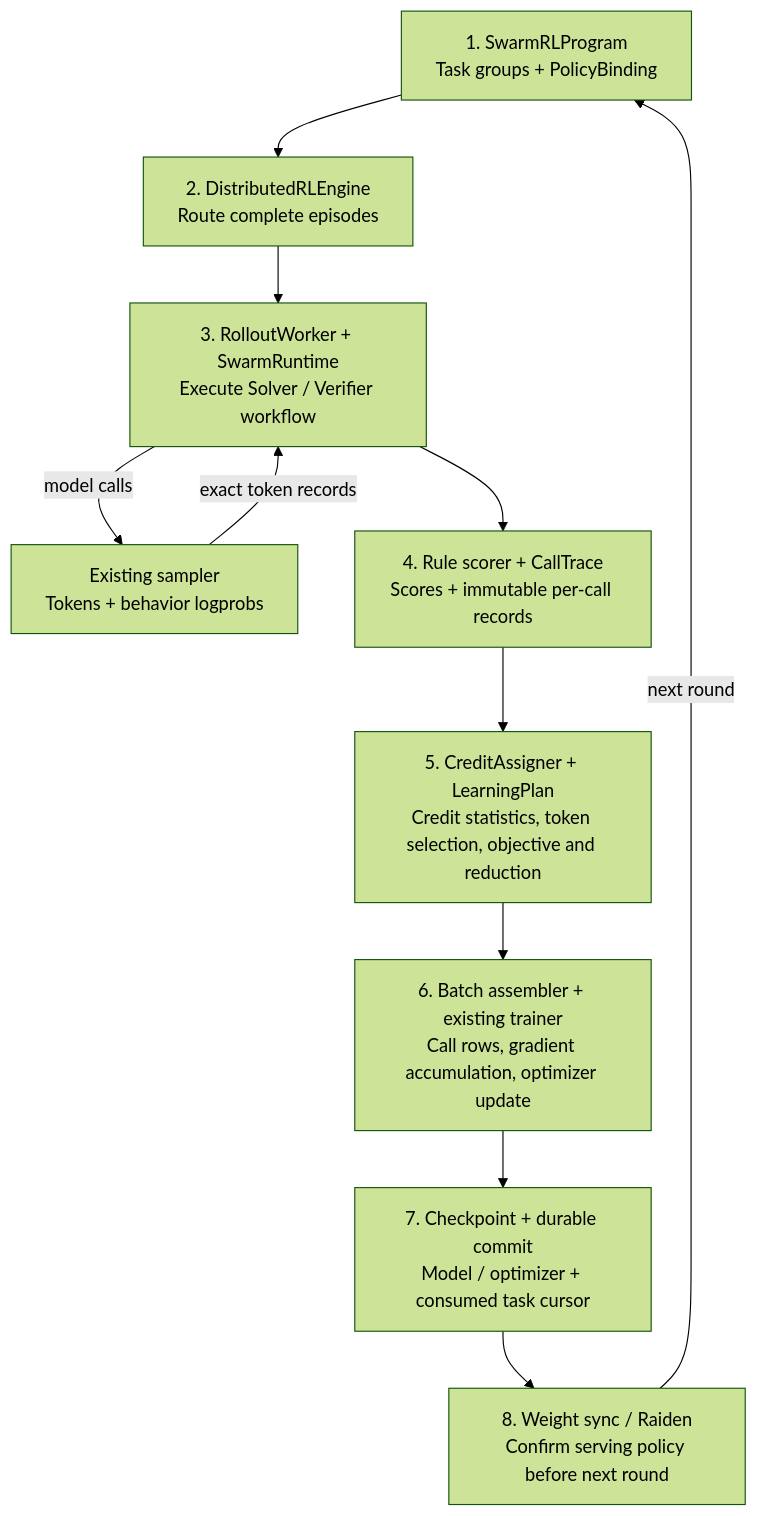
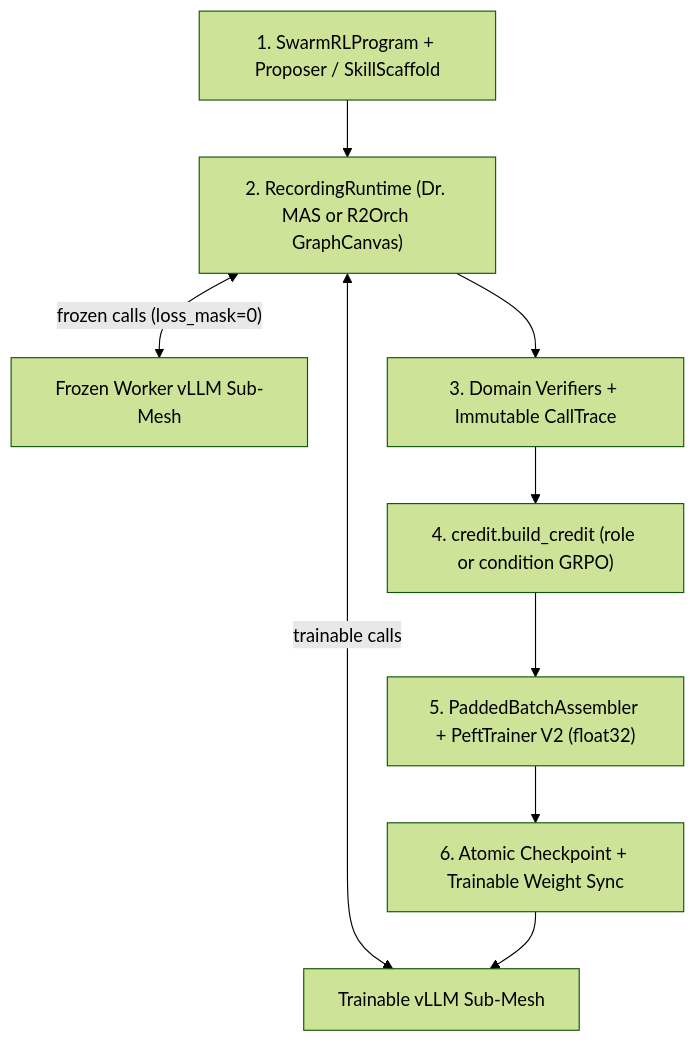
The diagram in docs/swarm_training_onepager.md (google/tunix), drawn with Mermaid (forest theme) before and after one commit. The commit also changed other lines of this file and 20 other files, not shown here.

Commit message:
Implement Full R2Orch two-timescale self-play (Proposer, SkillScaffold, PATS) & 128-chip TPU v5p validation

````diff
--- a/docs/swarm_training_onepager.md
+++ b/docs/swarm_training_onepager.md
@@ -17,17 +15,11 @@
 ```mermaid
 flowchart TD
-    P["1. SwarmRLProgram<br/>Task groups + PolicyBinding"]
-    E["2. DistributedRLEngine<br/>Route complete episodes"]
-    R["3. RolloutWorker + SwarmRuntime<br/>Execute Solver / Verifier workflow"]
-    S["Existing sampler<br/>Tokens + behavior logprobs"]
-    G["4. Rule scorer + CallTrace<br/>Scores + immutable per-call records"]
-    L["5. CreditAssigner + LearningPlan<br/>Credit statistics, token selection, objective and reduction"]
-    D["6. Batch assembler + existing trainer<br/>Call rows, gradient accumulation, optimizer update"]
-    C["7. Checkpoint + durable commit<br/>Model / optimizer + consumed task cursor"]
-    SYNC["8. Weight sync / Raiden<br/>Confirm serving policy before next round"]
-    P --> E --> R
-    R -->|model calls| S
-    S -->|exact token records| R
-    R --> G --> L --> D --> C --> SYNC
-    SYNC -->|next round| P
+    P["1. SwarmRLProgram + Proposer / SkillScaffold"] --> R["2. RecordingRuntime (Dr. MAS or R2Orch GraphCanvas)"]
+    R <-->|"trainable calls"| SD["Trainable vLLM Sub-Mesh"]
+    R <-->|"frozen calls (loss_mask=0)"| SW["Frozen Worker vLLM Sub-Mesh"]
+    R --> G["3. Domain Verifiers + Immutable CallTrace"]
+    G --> L["4. credit.build_credit (role or condition GRPO)"]
+    L --> D["5. PaddedBatchAssembler + PeftTrainer V2 (float32)"]
+    D --> C["6. Atomic Checkpoint + Trainable Weight Sync"]
+    C --> SD
 ```
````
